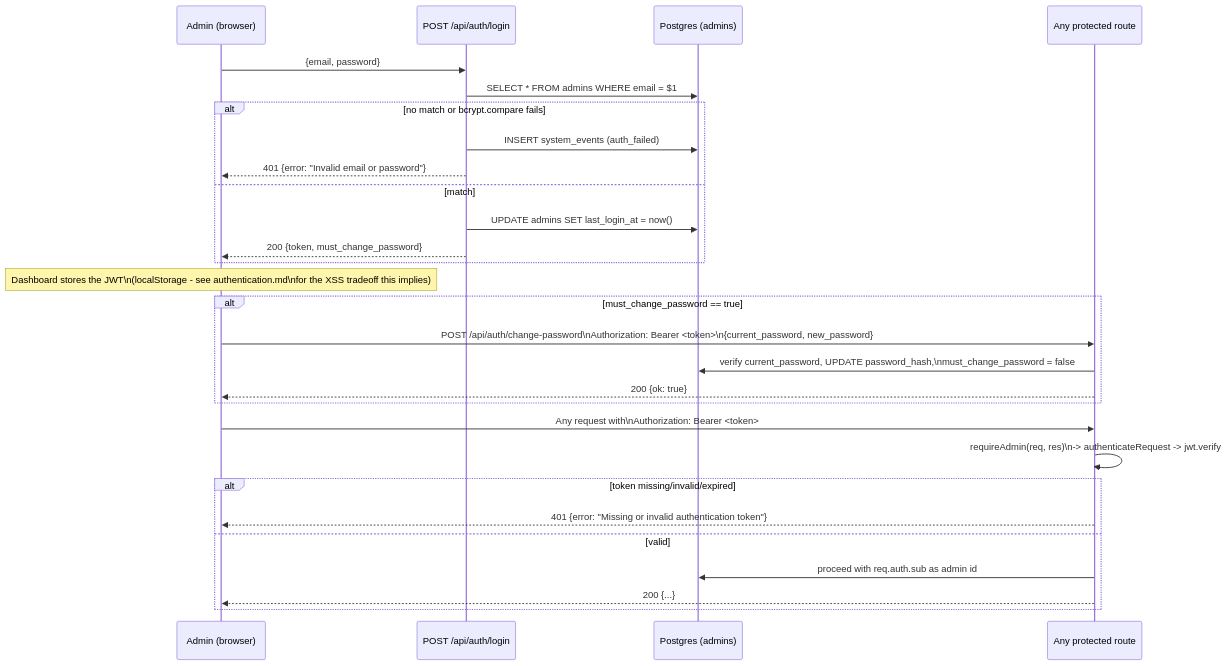
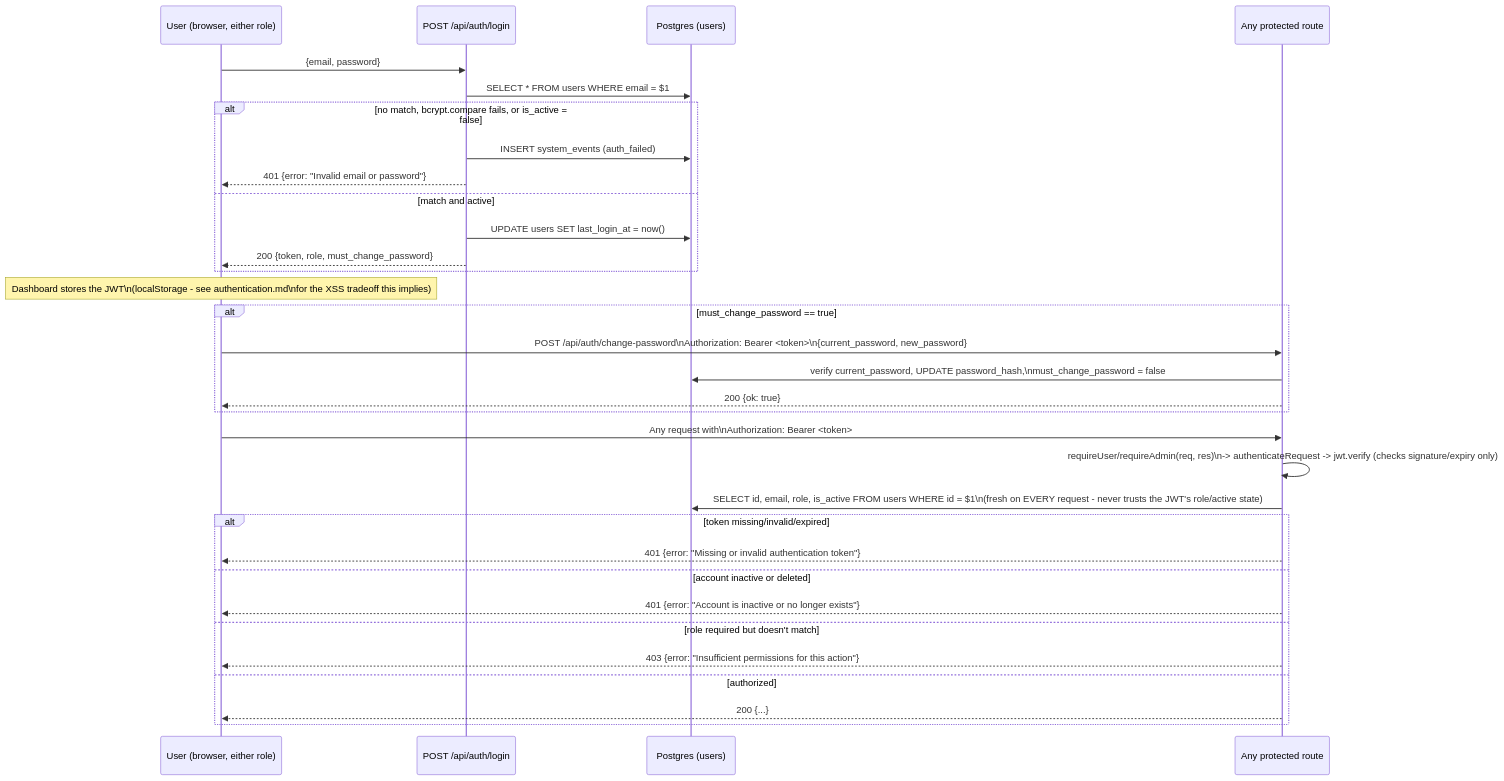
Before and after one commit to hrh2/water-quality-monitor: the diagram in docs/diagrams/07-authentication-flow.md, drawn with Mermaid. The commit also changed other lines of this file and 59 other files, not shown here.

Commit message:
Feat:User Auth,User MS and Improved Dashboard

````diff
--- a/docs/diagrams/07-authentication-flow.md
+++ b/docs/diagrams/07-authentication-flow.md
@@ -8,34 +9,38 @@
 ```mermaid
 sequenceDiagram
-    participant Admin as Admin (browser)
+    participant User as User (browser, either role)
     participant Login as POST /api/auth/login
-    participant DB as Postgres (admins)
+    participant DB as Postgres (users)
     participant Route as Any protected route
 
-    Admin->>Login: {email, password}
-    Login->>DB: SELECT * FROM admins WHERE email = $1
-    alt no match or bcrypt.compare fails
+    User->>Login: {email, password}
+    Login->>DB: SELECT * FROM users WHERE email = $1
+    alt no match, bcrypt.compare fails, or is_active = false
         Login->>DB: INSERT system_events (auth_failed)
-        Login-->>Admin: 401 {error: "Invalid email or password"}
-    else match
-        Login->>DB: UPDATE admins SET last_login_at = now()
-        Login-->>Admin: 200 {token, must_change_password}
+        Login-->>User: 401 {error: "Invalid email or password"}
+    else match and active
+        Login->>DB: UPDATE users SET last_login_at = now()
+        Login-->>User: 200 {token, role, must_change_password}
     end
 
-    Note over Admin: Dashboard stores the JWT\n(localStorage - see authentication.md\nfor the XSS tradeoff this implies)
+    Note over User: Dashboard stores the JWT\n(localStorage - see authentication.md\nfor the XSS tradeoff this implies)
 
     alt must_change_password == true
-        Admin->>Route: POST /api/auth/change-password\nAuthorization: Bearer <token>\n{current_password, new_password}
+        User->>Route: POST /api/auth/change-password\nAuthorization: Bearer <token>\n{current_password, new_password}
         Route->>DB: verify current_password, UPDATE password_hash,\nmust_change_password = false
-        Route-->>Admin: 200 {ok: true}
+        Route-->>User: 200 {ok: true}
     end
 
-    Admin->>Route: Any request with\nAuthorization: Bearer <token>
-    Route->>Route: requireAdmin(req, res)\n-> authenticateRequest -> jwt.verify
+    User->>Route: Any request with\nAuthorization: Bearer <token>
+    Route->>Route: requireUser/requireAdmin(req, res)\n-> authenticateRequest -> jwt.verify (checks signature/expiry only)
+    Route->>DB: SELECT id, email, role, is_active FROM users WHERE id = $1\n(fresh on EVERY request - never trusts the JWT's role/active state)
     alt token missing/invalid/expired
-        Route-->>Admin: 401 {error: "Missing or invalid authentication token"}
-    else valid
-        Route->>DB: proceed with req.auth.sub as admin id
-        Route-->>Admin: 200 {...}
+        Route-->>User: 401 {error: "Missing or invalid authentication token"}
+    else account inactive or deleted
+        Route-->>User: 401 {error: "Account is inactive or no longer exists"}
+    else role required but doesn't match
+        Route-->>User: 403 {error: "Insufficient permissions for this action"}
+    else authorized
+        Route-->>User: 200 {...}
     end
 ```
````
